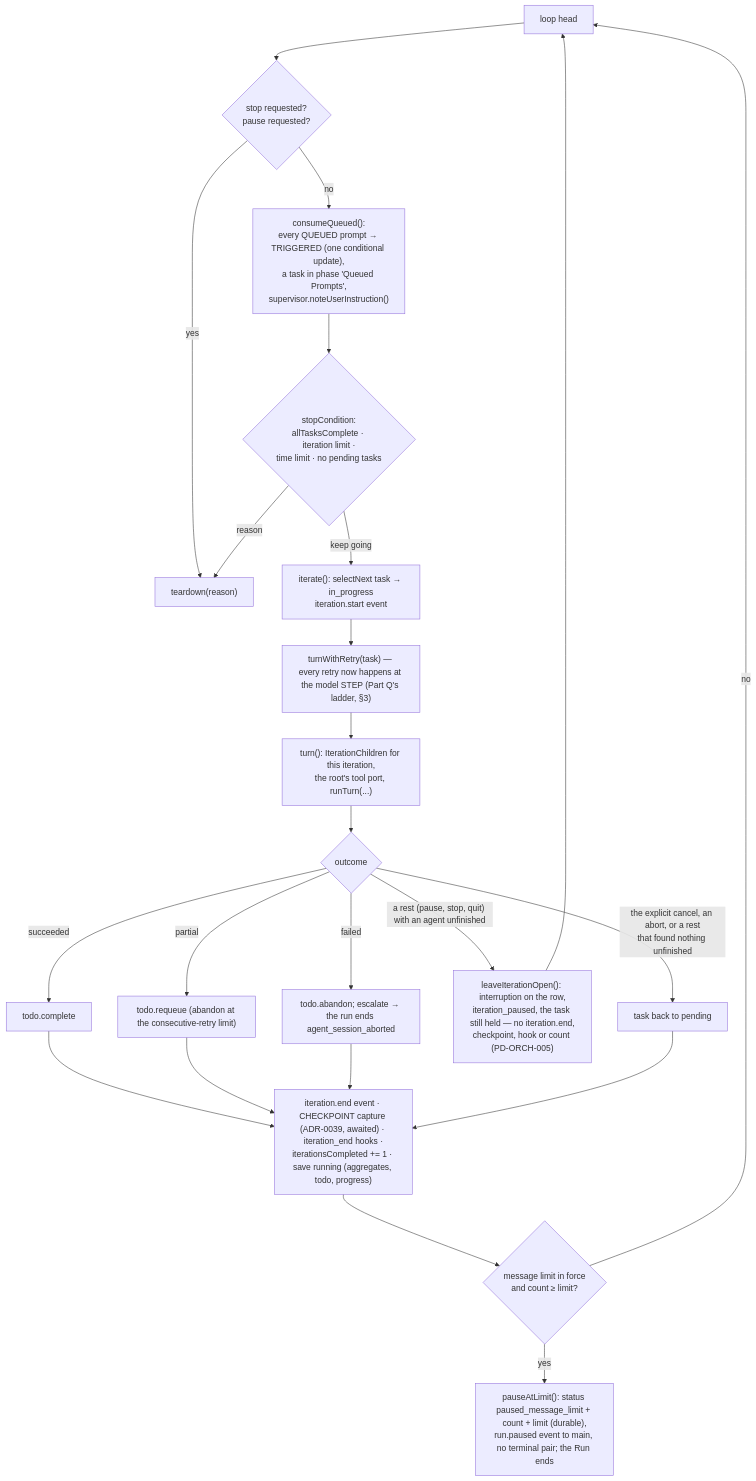
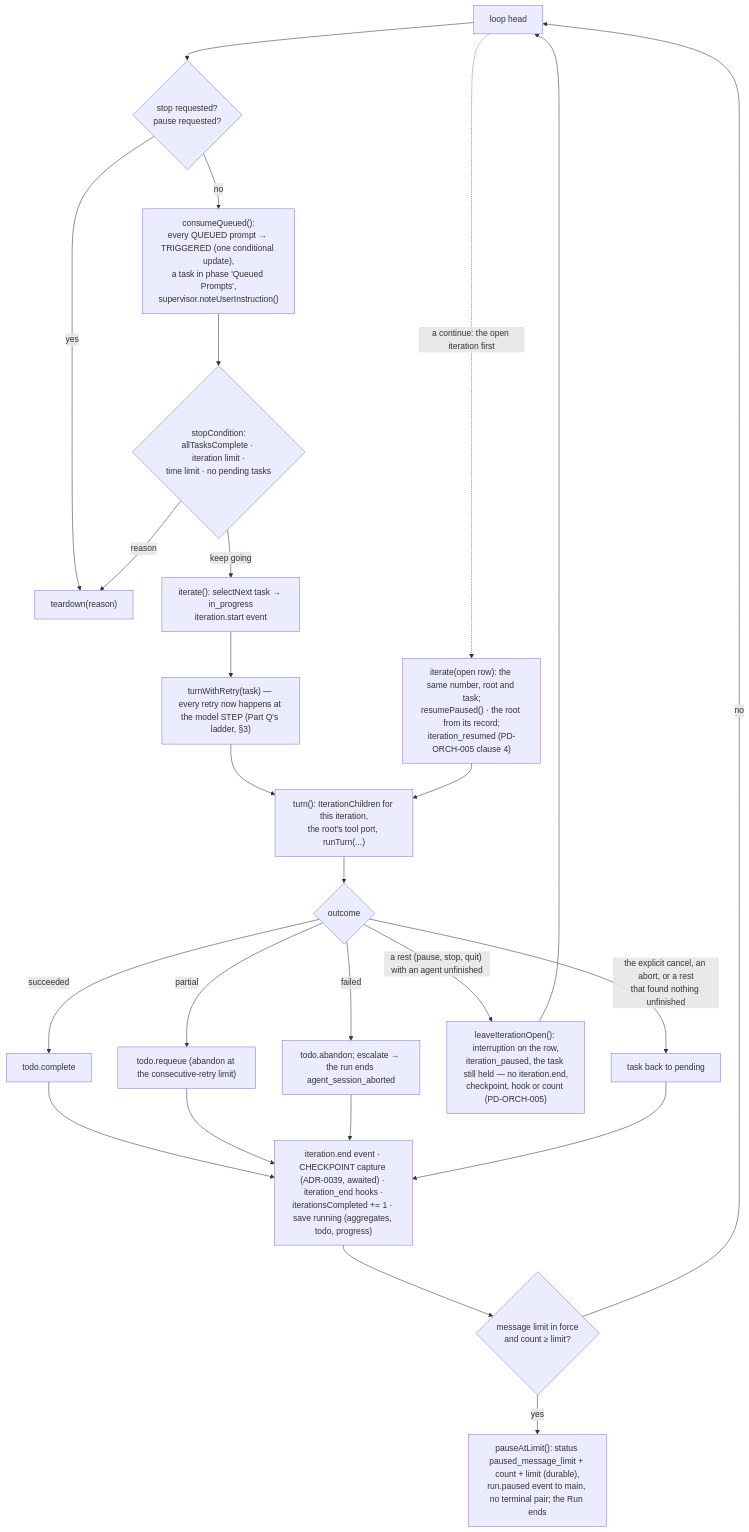
The second of 2 diagrams in docs/architecture/views/03-runtime-view.md (Concrete-Dynamics/Rotaris), drawn with Mermaid before and after one commit. The commit also changed other lines of this file and 18 other files, not shown here.

First line of the commit message:
feat(engine): a continue resumes the open iteration from every agent's record (PD-ORCH-005, PD-TOOLS-006)

````diff
--- a/docs/architecture/views/03-runtime-view.md
+++ b/docs/architecture/views/03-runtime-view.md
@@ -157,22 +157,24 @@
 ```mermaid
 flowchart TB
   L0["loop head"] --> S1{"stop requested?<br/>pause requested?"}
   S1 -- yes --> T["teardown(reason)"]
   S1 -- no --> Q["consumeQueued():<br/>every QUEUED prompt → TRIGGERED (one conditional update),<br/>a task in phase 'Queued Prompts',<br/>supervisor.noteUserInstruction()"]
   Q --> S2{"stopCondition:<br/>allTasksComplete · iteration limit ·<br/>time limit · no pending tasks"}
   S2 -- reason --> T
   S2 -- keep going --> I["iterate(): selectNext task → in_progress<br/>iteration.start event"]
   I --> TR["turnWithRetry(task) — every retry now happens at the model STEP (Part Q's ladder, §3)"]
   TR --> TURN["turn(): IterationChildren for this iteration,<br/>the root's tool port, runTurn(...)"]
   TURN --> OUT{"outcome"}
   OUT -- succeeded --> C["todo.complete"]
   OUT -- partial --> RQ["todo.requeue (abandon at the consecutive-retry limit)"]
   OUT -- failed --> AB["todo.abandon; escalate → the run ends agent_session_aborted"]
   OUT -- "a rest (pause, stop, quit) with an agent unfinished" --> OPEN["leaveIterationOpen(): interruption on the row,<br/>iteration_paused, the task still held — no iteration.end,<br/>checkpoint, hook or count (PD-ORCH-005)"]
   OPEN --> L0
+  L0 -. "a continue: the open iteration first" .-> RES["iterate(open row): the same number, root and task;<br/>resumePaused() · the root from its record;<br/>iteration_resumed (PD-ORCH-005 clause 4)"]
+  RES --> TURN
   OUT -- "the explicit cancel, an abort, or a rest<br/>that found nothing unfinished" --> PEND["task back to pending"]
   C & RQ & AB & PEND --> E["iteration.end event · CHECKPOINT capture (ADR-0039, awaited) · iteration_end hooks ·<br/>iterationsCompleted += 1 · save running (aggregates, todo, progress)"]
   E --> ML{"message limit in force<br/>and count ≥ limit?"}
   ML -- yes --> PL["pauseAtLimit(): status paused_message_limit + count + limit (durable),<br/>run.paused event to main, no terminal pair; the Run ends"]
   ML -- no --> L0
 ```
````
